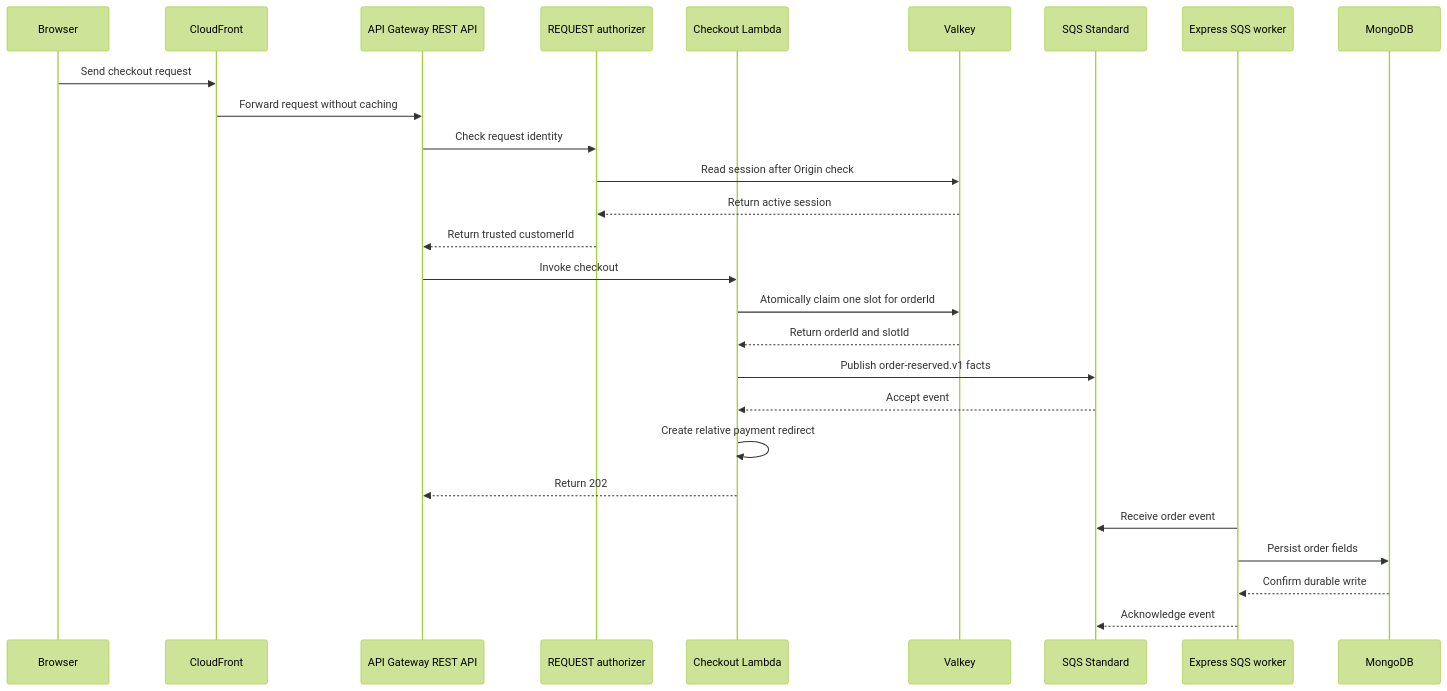
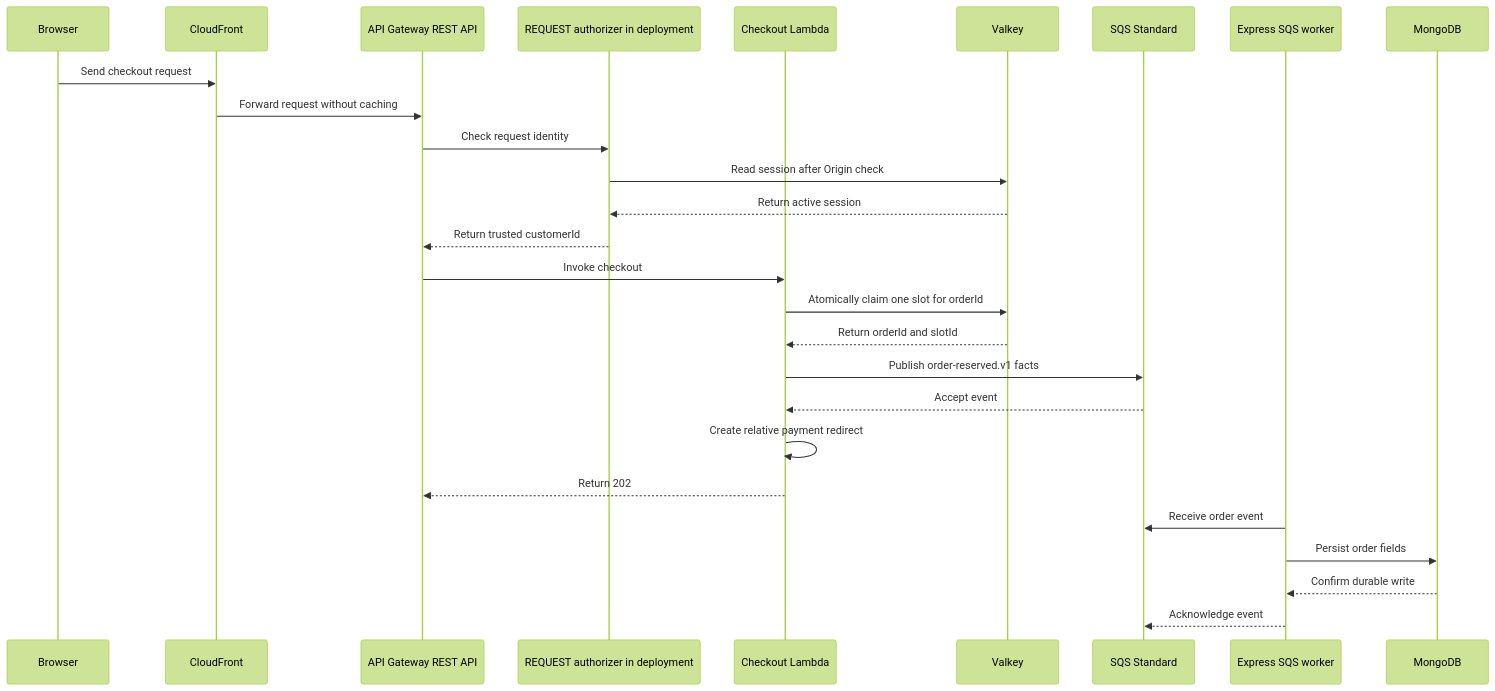
The diagram in docs/system-design.md (rantingmong/bookipi-test), drawn with Mermaid (forest theme) before and after one commit. The commit also changed other lines of this file and 57 other files, not shown here.

````diff
--- a/docs/system-design.md
+++ b/docs/system-design.md
@@ -9,29 +9,29 @@
 ```mermaid
 sequenceDiagram
     participant B as Browser
     participant F as CloudFront
     participant A as API Gateway REST API
-    participant H as REQUEST authorizer
+    participant H as REQUEST authorizer in deployment
     participant L as Checkout Lambda
     participant V as Valkey
     participant Q as SQS Standard
     participant W as Express SQS worker
     participant M as MongoDB
     B->>F: Send checkout request
     F->>A: Forward request without caching
     A->>H: Check request identity
     H->>V: Read session after Origin check
     V-->>H: Return active session
     H-->>A: Return trusted customerId
     A->>L: Invoke checkout
     L->>V: Atomically claim one slot for orderId
     V-->>L: Return orderId and slotId
     L->>Q: Publish order-reserved.v1 facts
     Q-->>L: Accept event
     L->>L: Create relative payment redirect
     L-->>A: Return 202
     W->>Q: Receive order event
     W->>M: Persist order fields
     M-->>W: Confirm durable write
     W-->>Q: Acknowledge event
 ```
````
